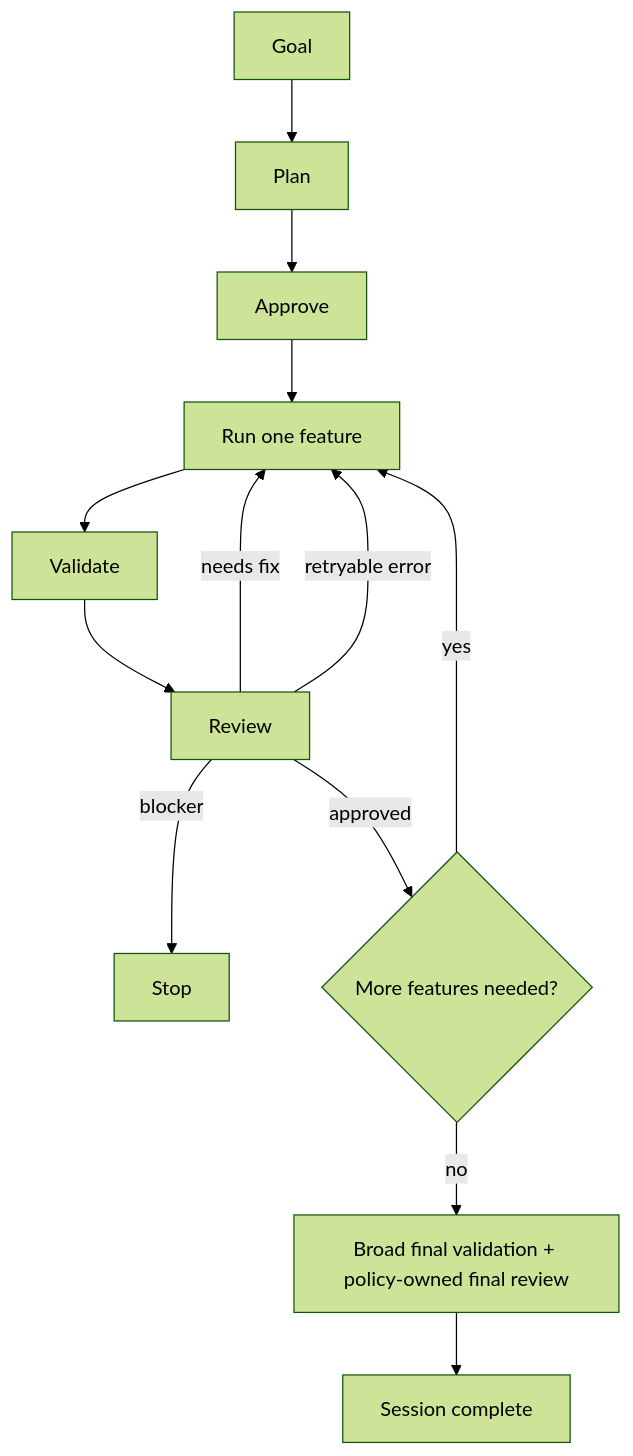
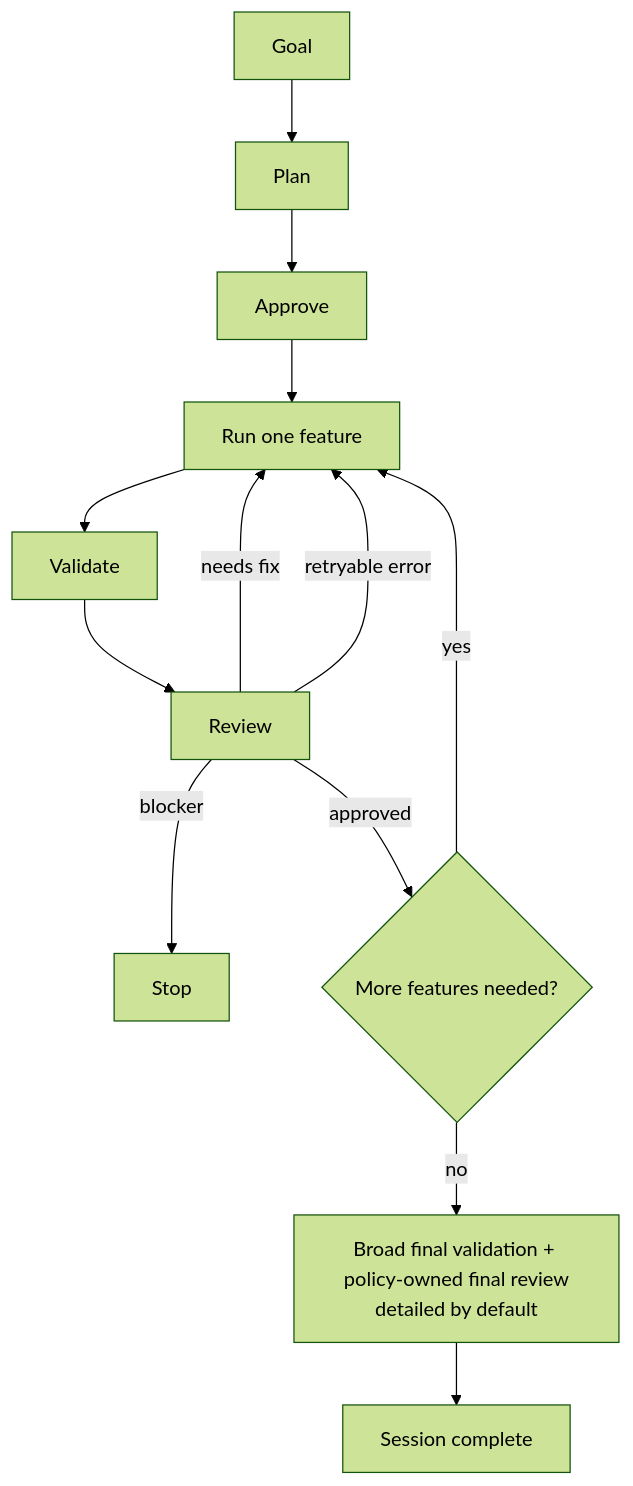
The diagram in README.md (ddv1982/flow-opencode), drawn with Mermaid (forest theme) before and after one commit. The commit also changed other lines of this file, not shown here.

Commit message:
Clarify the default final review in the user-facing Flow overview
The README's flow diagram already reflected the runtime shape of final
completion, but it did not make the default final review policy explicit.
This narrows the wording gap by stating that final completion uses broad
final validation plus the runtime-owned final review policy, which is
currently a detailed cross-feature review by default.

Constraint: Keep the README aligned with runtime-owned completion semantics without expanding it back into maintainer-level detail
Rejected: Leave the diagram as-is | technically correct, but underspecified for end users trying to understand what happens at final completion
Confidence: high
Scope-risk: narrow
Reversibility: clean
Directive: When README wording mentions final completion, keep broad final validation and the policy-owned final review distinct, and note the current default only as a default
Tested: `bun test tests/docs-tool-parity.test.ts`; manual diff inspection of `README.md`
Not-tested: Full `bun run check` for this doc-only follow-up

````diff
--- a/README.md
+++ b/README.md
@@ -173,15 +173,15 @@
 ```mermaid
 flowchart TD
     A[Goal] --> B[Plan]
     B --> C[Approve]
     C --> D[Run one feature]
     D --> E[Validate]
     E --> F[Review]
     F -->|needs fix| D
     F -->|retryable error| D
     F -->|blocker| X[Stop]
     F -->|approved| G{More features needed?}
     G -->|yes| D
-    G -->|no| H[Broad final validation + policy-owned final review]
+    G -->|no| H[Broad final validation + policy-owned final review<br/>detailed by default]
     H --> I[Session complete]
 ```
````
